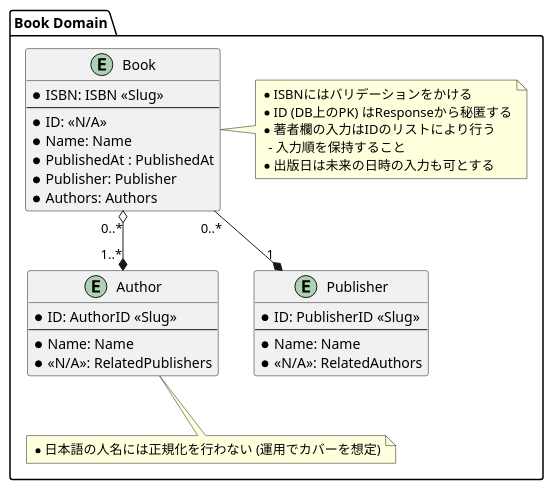
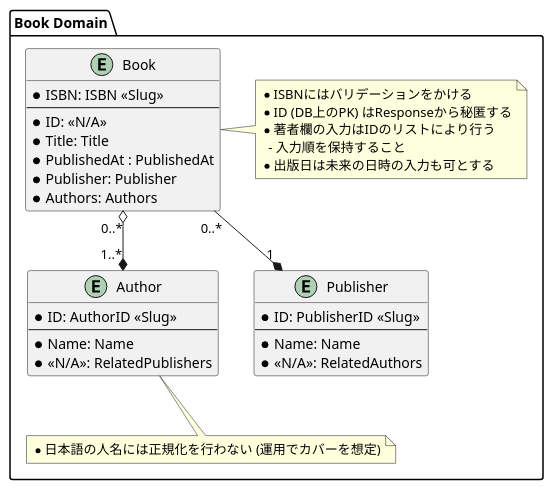
One commit to nftug/BookApi changed the diagram in diagrams/DomainModel.pu. Above: the diagram before and after it, drawn with PlantUML. The commit also changed 22 other files, not shown here.

```diff
--- a/diagrams/DomainModel.pu
+++ b/diagrams/DomainModel.pu
@@ -1,46 +1,46 @@
 @startuml BookApi_DomainModel
 
 hide method
 skinparam DefaultFontName Helvetica
 
 package "Book Domain" as Domain {
     entity Author {
         * ID: AuthorID <<Slug>>
         --
         * Name: Name
         * <<N/A>>: RelatedPublishers
     }
 
     entity Publisher {
         * ID: PublisherID <<Slug>>
         --
         * Name: Name
         * <<N/A>>: RelatedAuthors
     }
 
     entity Book {
         * ISBN: ISBN <<Slug>>
         --
         * ID: <<N/A>>
-        * Name: Name
+        * Title: Title
         * PublishedAt : PublishedAt
         * Publisher: Publisher
         * Authors: Authors
     }
 
     Book "0..*" o--* "1..*" Author
     Book "0..*" --* "1" Publisher
 
     note right of Book
         * ISBNにはバリデーションをかける
         * ID (DB上のPK) はResponseから秘匿する
         * 著者欄の入力はIDのリストにより行う
           - 入力順を保持すること
         * 出版日は未来の日時の入力も可とする
     endnote
 
     note bottom of Author
         * 日本語の人名には正規化を行わない (運用でカバーを想定)
     endnote
 }
 @enduml
```
